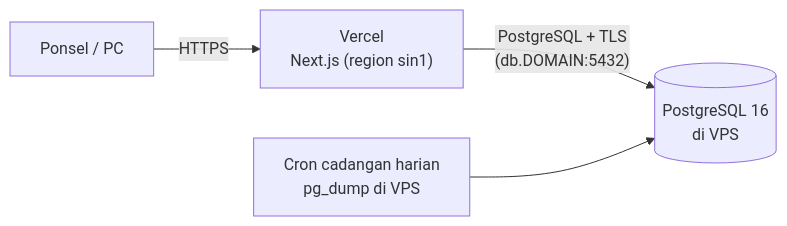
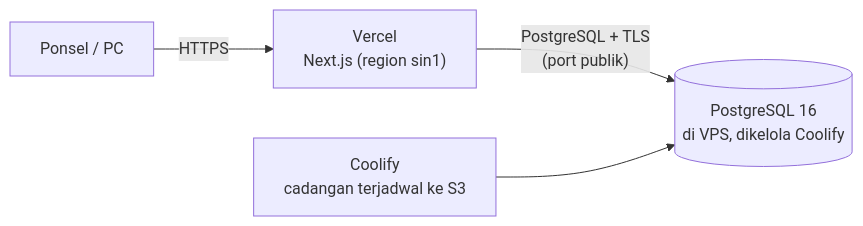
Before and after one commit to mferdinandr/inventory-management: the diagram in docs/09-deployment-ops.md, drawn with Mermaid. The commit also changed other lines of this file and 11 other files, not shown here.

First line of the commit message:
refactor(deploy): use a Coolify-managed PostgreSQL instead of our own compose, TLS and certbot files

````diff
--- a/docs/09-deployment-ops.md
+++ b/docs/09-deployment-ops.md
@@ -5,6 +5,6 @@
 ```mermaid
 flowchart LR
     HP["Ponsel / PC"] -->|HTTPS| V["Vercel<br/>Next.js (region sin1)"]
-    V -->|"PostgreSQL + TLS<br/>(db.DOMAIN:5432)"| PG[("PostgreSQL 16<br/>di VPS")]
-    CRON["Cron cadangan harian<br/>pg_dump di VPS"] --> PG
+    V -->|"PostgreSQL + TLS<br/>(port publik)"| PG[("PostgreSQL 16<br/>di VPS, dikelola Coolify")]
+    COOLIFY["Coolify<br/>cadangan terjadwal ke S3"] --> PG
 ```
````
